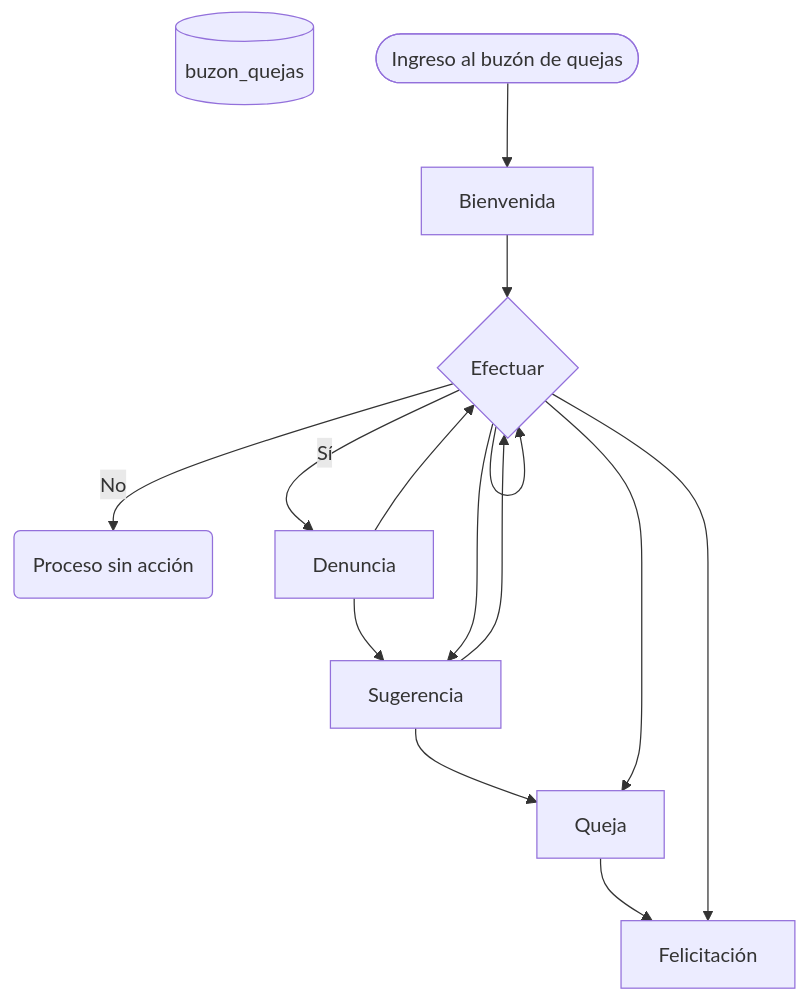
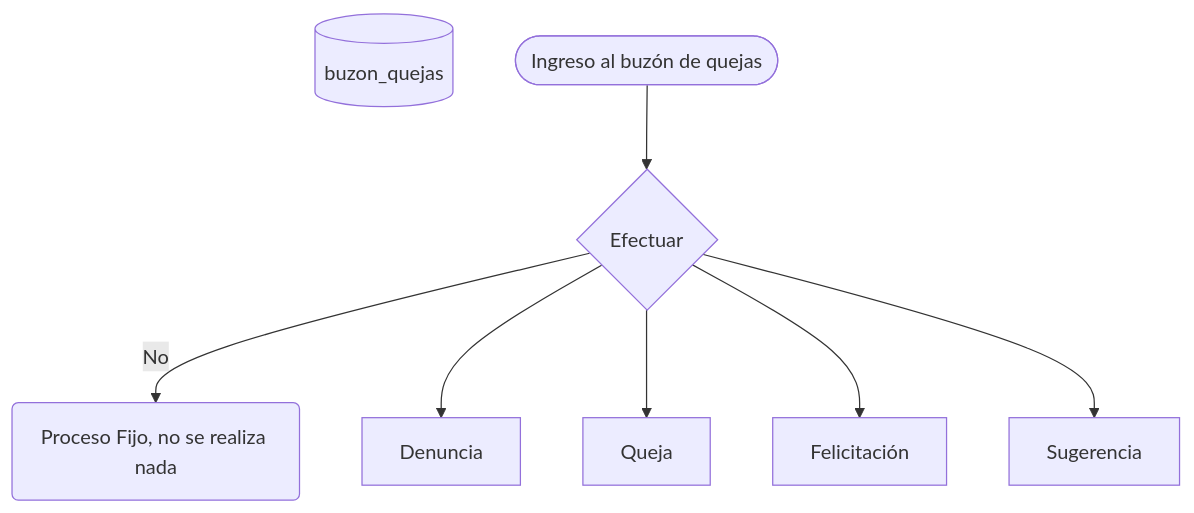
The diagram in README.md (untalmike/mailbox), drawn with Mermaid before and after one commit.

Commit message:
Pruebas con el README

````diff
--- a/README.md
+++ b/README.md
@@ -40,8 +40,17 @@
     ```mermaid
         graph TD;
             buzonQuejas[(buzon_quejas)]
-            id1([Ingreso al buzón de quejas])-->B;
-            B[Bienvenida]-->C;
-            C{Efectuar}-->|No|D(Proceso sin acción);
-            C{Efectuar}-->|Sí|E[Denuncia] & C{Efectuar}-->F[Sugerencia] & C{Efectuar}-->G[Queja] & C{Efectuar}-->H[Felicitación];
+            inicio([Ingreso al buzón de quejas])
+            efectuar{Efectuar}
+            procesoFijo(Proceso Fijo, no se realiza nada)
+            denuncia[Denuncia]
+            queja[Queja]
+            sugerencia[Sugerencia]
+            felicitacion[Felicitación]
+            inicio-->efectuar;
+            efectuar-->|No|procesoFijo;
+            efectuar-->denuncia;
+            efectuar-->queja;
+            efectuar-->felicitacion;
+            efectuar-->sugerencia;
     ```
````
